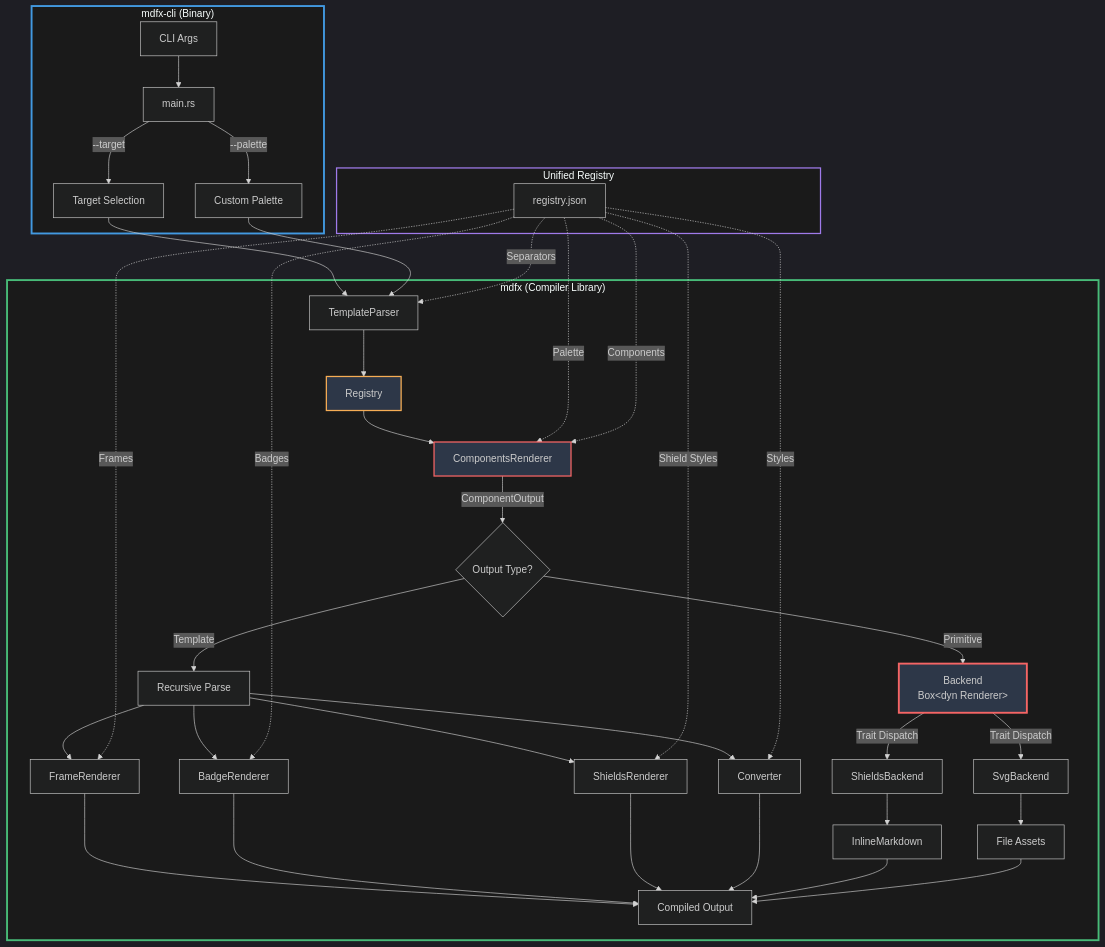
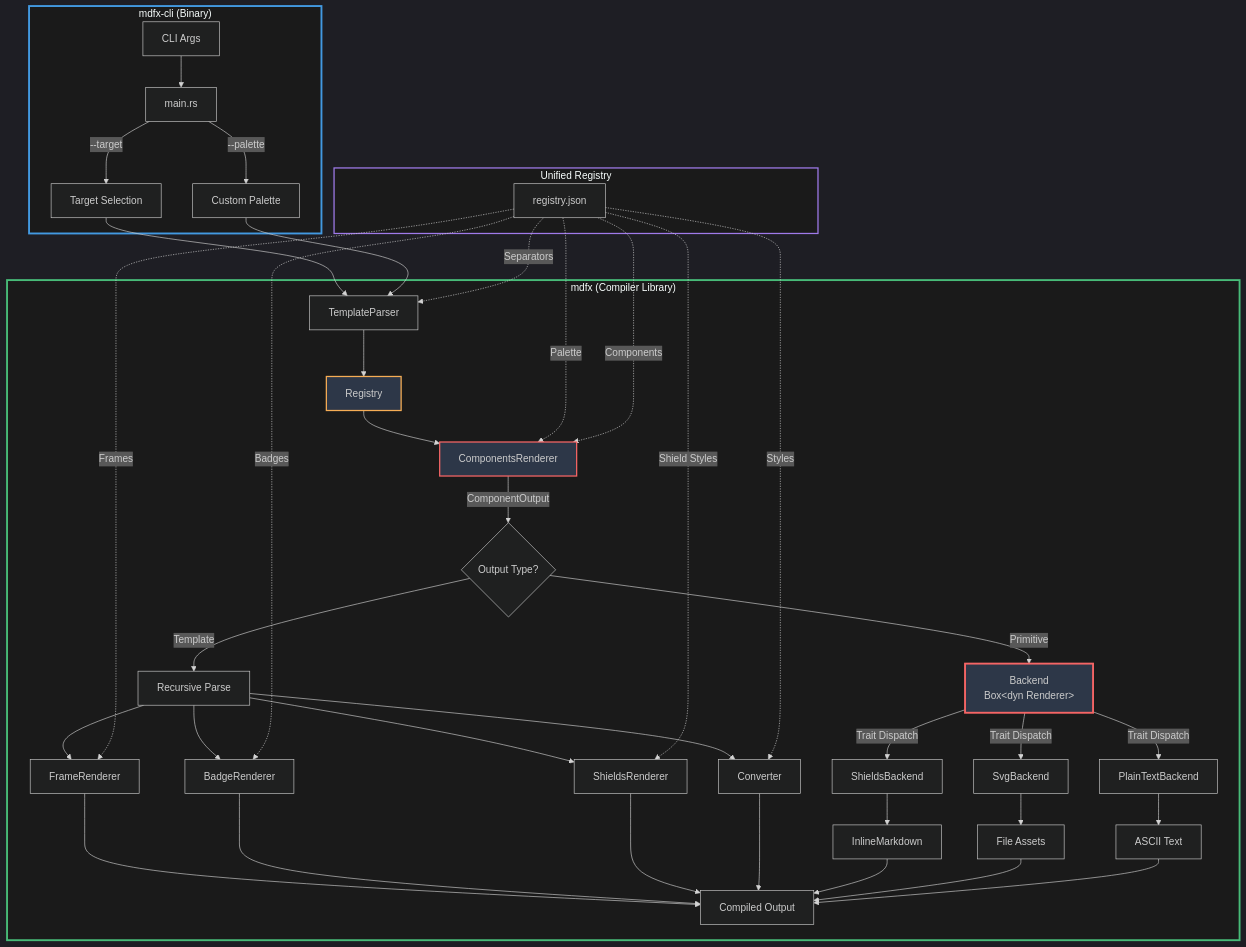
The first of 3 diagrams in docs/ARCHITECTURE.md (blackwell-systems/utf8fx), drawn with Mermaid before and after one commit. The commit also changed other lines of this file and 2 other files, not shown here.

````diff
--- a/docs/ARCHITECTURE.md
+++ b/docs/ARCHITECTURE.md
@@ -128,57 +128,60 @@
 ```mermaid
 %%{init: {'theme':'dark'}}%%
 graph TB
     subgraph CLI["mdfx-cli (Binary)"]
         CMD[CLI Args] --> MAIN[main.rs]
         MAIN -->|--target| TARGET[Target Selection]
         MAIN -->|--palette| PALETTE[Custom Palette]
     end
 
     subgraph LIB["mdfx (Compiler Library)"]
         TARGET --> PARSER[TemplateParser]
         PALETTE --> PARSER
         PARSER --> REGISTRY[Registry]
         REGISTRY --> UI[ComponentsRenderer]
 
         UI -->|ComponentOutput| DECISION{Output Type?}
 
         DECISION -->|Primitive| BACKEND[Backend<br/>Box&lt;dyn Renderer&gt;]
         DECISION -->|Template| RECURSE[Recursive Parse]
 
         BACKEND -->|Trait Dispatch| SHIELDS[ShieldsBackend]
         BACKEND -->|Trait Dispatch| SVG[SvgBackend]
+        BACKEND -->|Trait Dispatch| PLAIN[PlainTextBackend]
 
         SHIELDS --> INLINE[InlineMarkdown]
         SVG --> FILES[File Assets]
+        PLAIN --> TEXT[ASCII Text]
 
         RECURSE --> FRAME[FrameRenderer]
         RECURSE --> BADGE[BadgeRenderer]
         RECURSE --> SHIELD[ShieldsRenderer]
         RECURSE --> CONV[Converter]
 
         FRAME --> OUTPUT[Compiled Output]
         BADGE --> OUTPUT
         SHIELD --> OUTPUT
         CONV --> OUTPUT
         INLINE --> OUTPUT
         FILES --> OUTPUT
+        TEXT --> OUTPUT
     end
 
     subgraph DATA["Unified Registry"]
         REG[registry.json]
         REG -.->|Palette| UI
         REG -.->|Components| UI
         REG -.->|Styles| CONV
         REG -.->|Frames| FRAME
         REG -.->|Badges| BADGE
         REG -.->|Separators| PARSER
         REG -.->|Shield Styles| SHIELD
     end
 
     style CLI fill:#1a1a1a,stroke:#4299e1,stroke-width:3px
     style LIB fill:#1a1a1a,stroke:#48bb78,stroke-width:3px
     style DATA fill:#1a1a1a,stroke:#9f7aea,stroke-width:2px
     style BACKEND fill:#2d3748,stroke:#f56565,stroke-width:3px
     style UI fill:#2d3748,stroke:#f56565,stroke-width:2px
     style REGISTRY fill:#2d3748,stroke:#f6ad55,stroke-width:2px
 ```
````
